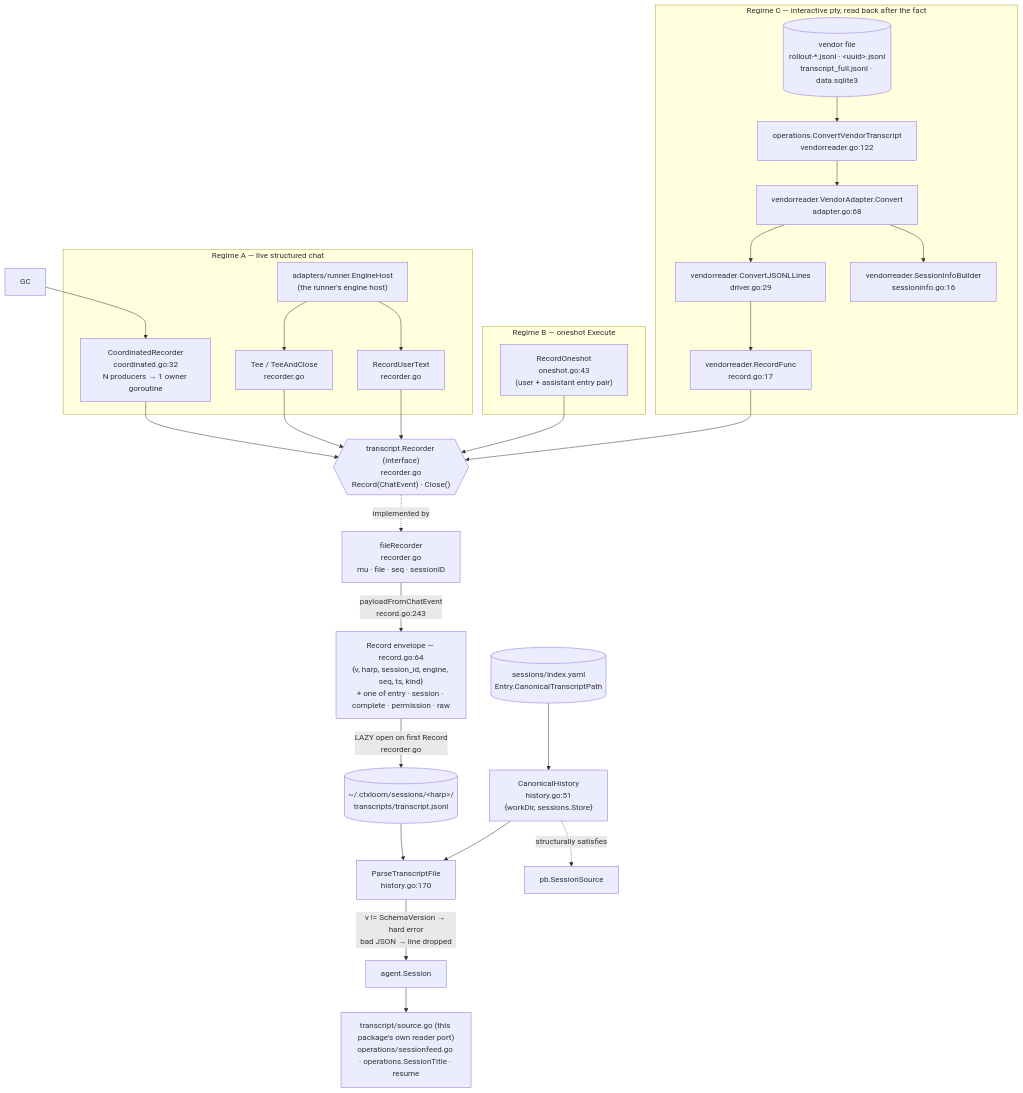
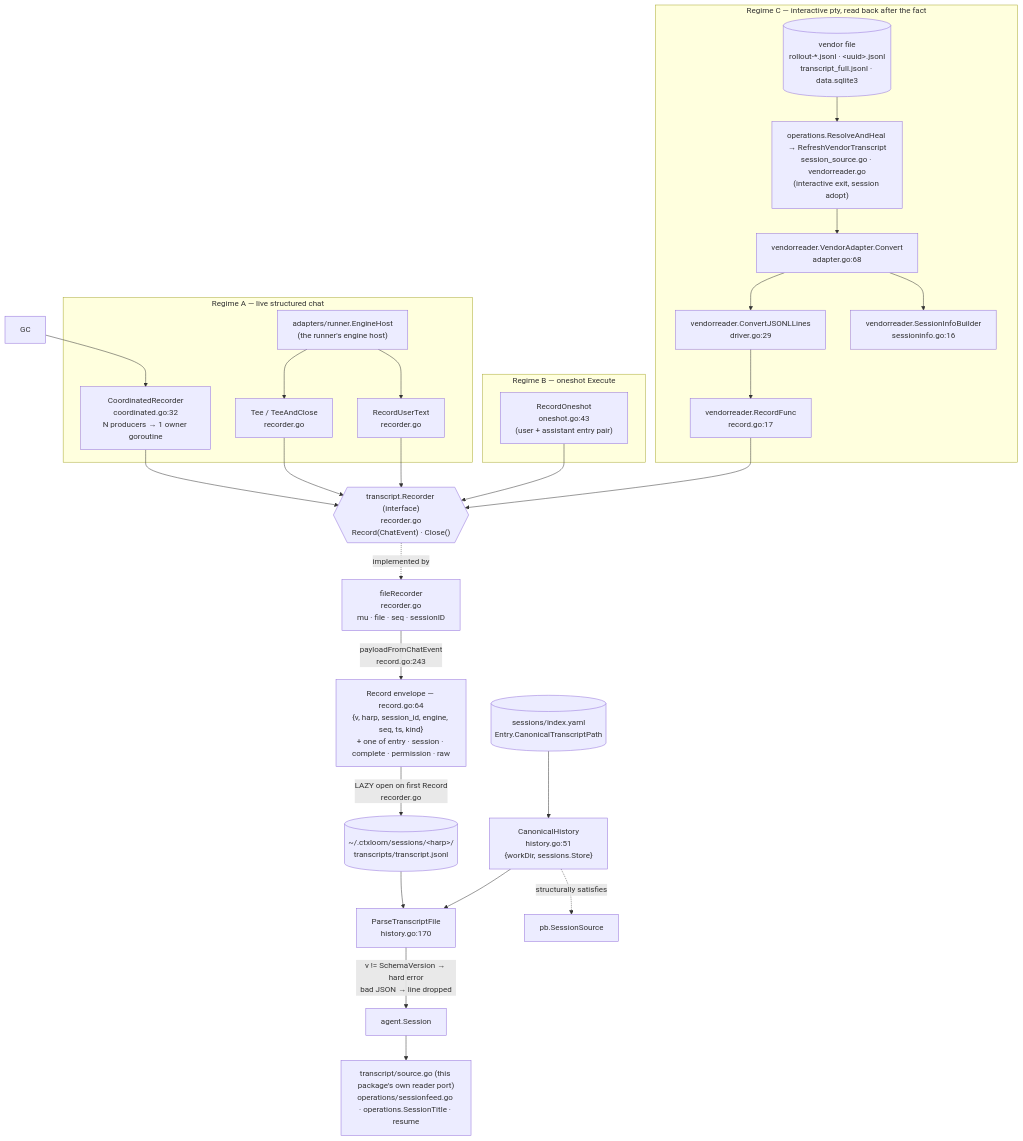
Before and after one commit to ctxloom/ctxloom: the first of 2 diagrams in docs/architecture/companions/transcript.md, drawn with Mermaid. The commit also changed other lines of this file and 8 other files, not shown here.

First line of the commit message:
docs: journeys and architecture docs describe recall and capture as they are now

````diff
--- a/docs/architecture/companions/transcript.md
+++ b/docs/architecture/companions/transcript.md
@@ -23,46 +23,46 @@
 ```mermaid
 flowchart TD
     subgraph live["Regime A — live structured chat"]
       EH["adapters/runner.EngineHost<br/>(the runner's engine host)"]
       CR["CoordinatedRecorder<br/>coordinated.go:32<br/>N producers → 1 owner goroutine"]
       TEE["Tee / TeeAndClose<br/>recorder.go"]
       RUT["RecordUserText<br/>recorder.go"]
     end
 
     subgraph oneshot["Regime B — oneshot Execute"]
       RO["RecordOneshot<br/>oneshot.go:43<br/>(user + assistant entry pair)"]
     end
 
     subgraph vendor["Regime C — interactive pty, read back after the fact"]
       VF[("vendor file<br/>rollout-*.jsonl · &lt;uuid&gt;.jsonl<br/>transcript_full.jsonl · data.sqlite3")]
-      CVT["operations.ConvertVendorTranscript<br/>vendorreader.go:122"]
+      CVT["operations.ResolveAndHeal → RefreshVendorTranscript<br/>session_source.go · vendorreader.go<br/>(interactive exit, session adopt)"]
       VA["vendorreader.VendorAdapter.Convert<br/>adapter.go:68"]
       DRV["vendorreader.ConvertJSONLLines<br/>driver.go:29"]
       SIB["vendorreader.SessionInfoBuilder<br/>sessioninfo.go:16"]
       RF["vendorreader.RecordFunc<br/>record.go:17"]
     end
 
     GC --> CR
     EH --> TEE
     EH --> RUT
     CR --> RECI
     TEE --> RECI
     RUT --> RECI
     RO --> RECI
     VF --> CVT --> VA --> DRV
     VA --> SIB
     DRV --> RF --> RECI
 
     RECI{{"transcript.Recorder (interface)<br/>recorder.go<br/>Record(ChatEvent) · Close()"}}
     RECI -.implemented by.-> FR["fileRecorder<br/>recorder.go<br/>mu · file · seq · sessionID"]
 
     FR -->|"payloadFromChatEvent<br/>record.go:243"| REC["Record envelope — record.go:64<br/>{v, harp, session_id, engine, seq, ts, kind}<br/>+ one of entry · session · complete · permission · raw"]
     REC -->|"LAZY open on first Record<br/>recorder.go"| DISK[("~/.ctxloom/sessions/&lt;harp&gt;/<br/>transcripts/transcript.jsonl")]
 
     DISK --> PTF["ParseTranscriptFile<br/>history.go:170"]
     PTF -->|"v != SchemaVersion → hard error<br/>bad JSON → line dropped"| SESS["agent.Session"]
     CH["CanonicalHistory<br/>history.go:51<br/>{workDir, sessions.Store}"] --> PTF
     CH -.structurally satisfies.-> PBS["pb.SessionSource"]
     IDX[("sessions/index.yaml<br/>Entry.CanonicalTranscriptPath")] --> CH
     SESS --> CONS["transcript/source.go (this package's own reader port)<br/>operations/sessionfeed.go · operations.SessionTitle · resume"]
 ```
````
